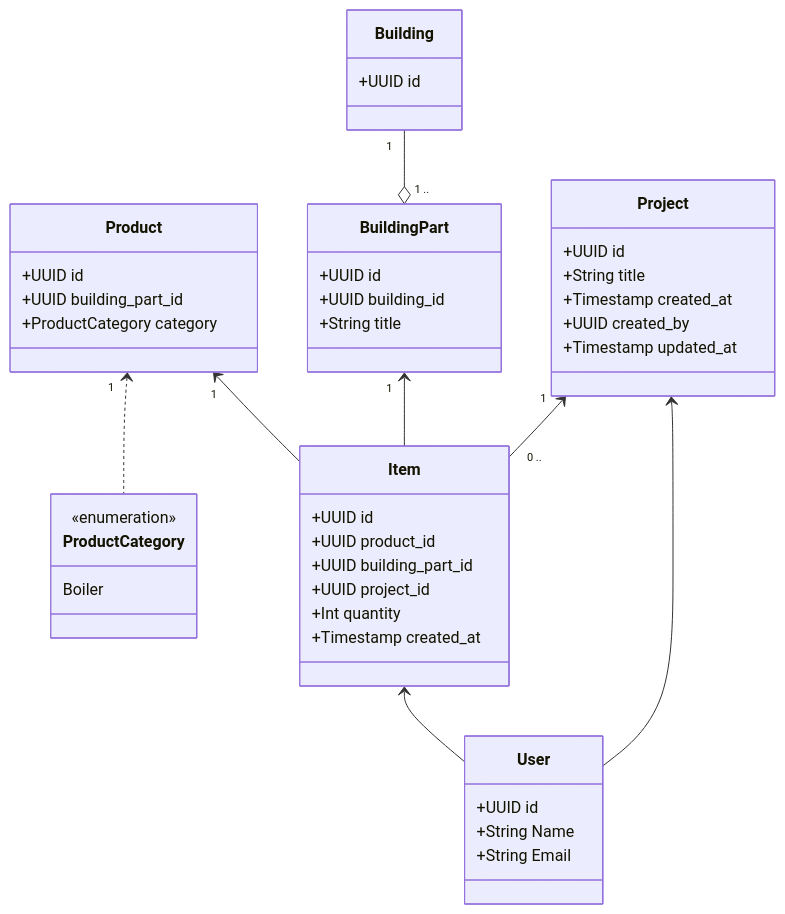
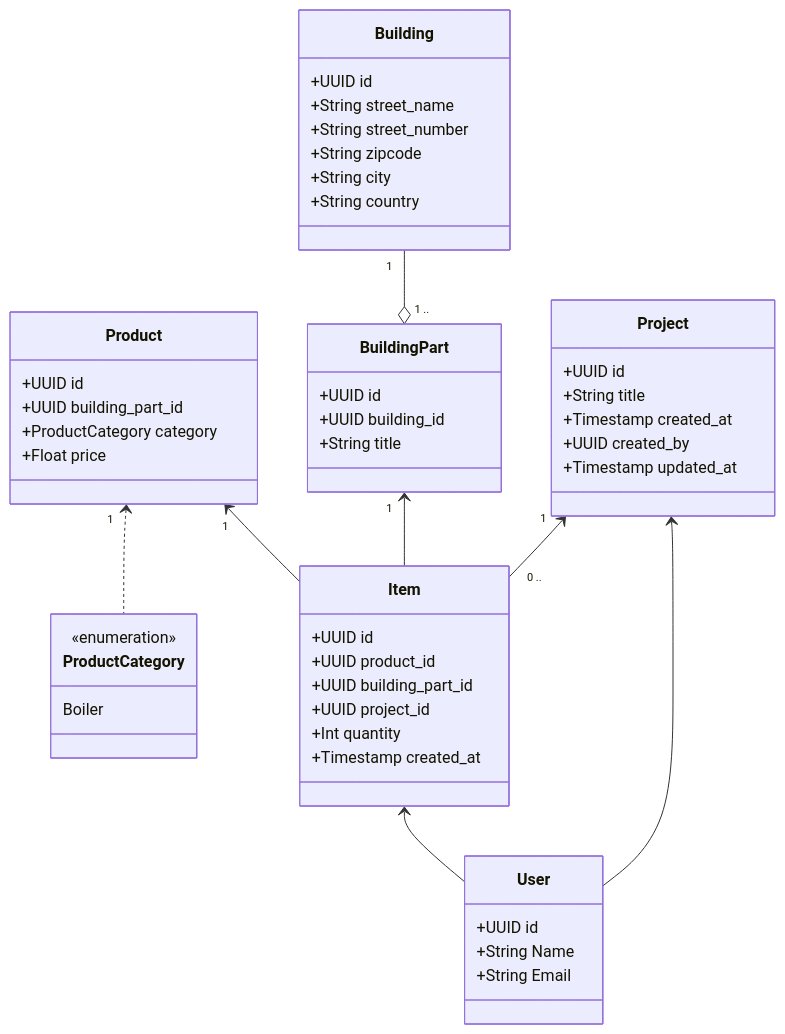
One commit to themmes/tender changed the diagram in README.md. Above: the diagram before and after it, drawn with Mermaid.

Commit message:
Update diagram

````diff
--- a/README.md
+++ b/README.md
@@ -5,51 +5,57 @@
 ```mermaid
 classDiagram
     Product "1" <.. ProductCategory
     Building "1" --o "1 .." BuildingPart
 
     BuildingPart "1" <-- Item
     Project "1" <-- "0 .." Item
     Product "1" <-- Item
 
     Project <-- User
     Item <-- User
 
     class User{
       +UUID id
       +String Name
       +String Email
     }
     class Project{
       +UUID id
       +String title
       +Timestamp created_at
       +UUID created_by
       +Timestamp updated_at
     }
     class Item{
       +UUID id
       +UUID product_id
       +UUID building_part_id
       +UUID project_id
       +Int quantity
       +Timestamp created_at
     }
     class Product{
       +UUID id
       +UUID building_part_id
       +ProductCategory category
+      +Float price
+
     }
     class ProductCategory{
       <<enumeration>>
       Boiler
     }
     class Building{
       +UUID id
-
+      +String street_name
+      +String street_number
+      +String zipcode
+      +String city
+      +String country
     }
     class BuildingPart{
       +UUID id
       +UUID building_id
       +String title
     }
 ```
````
